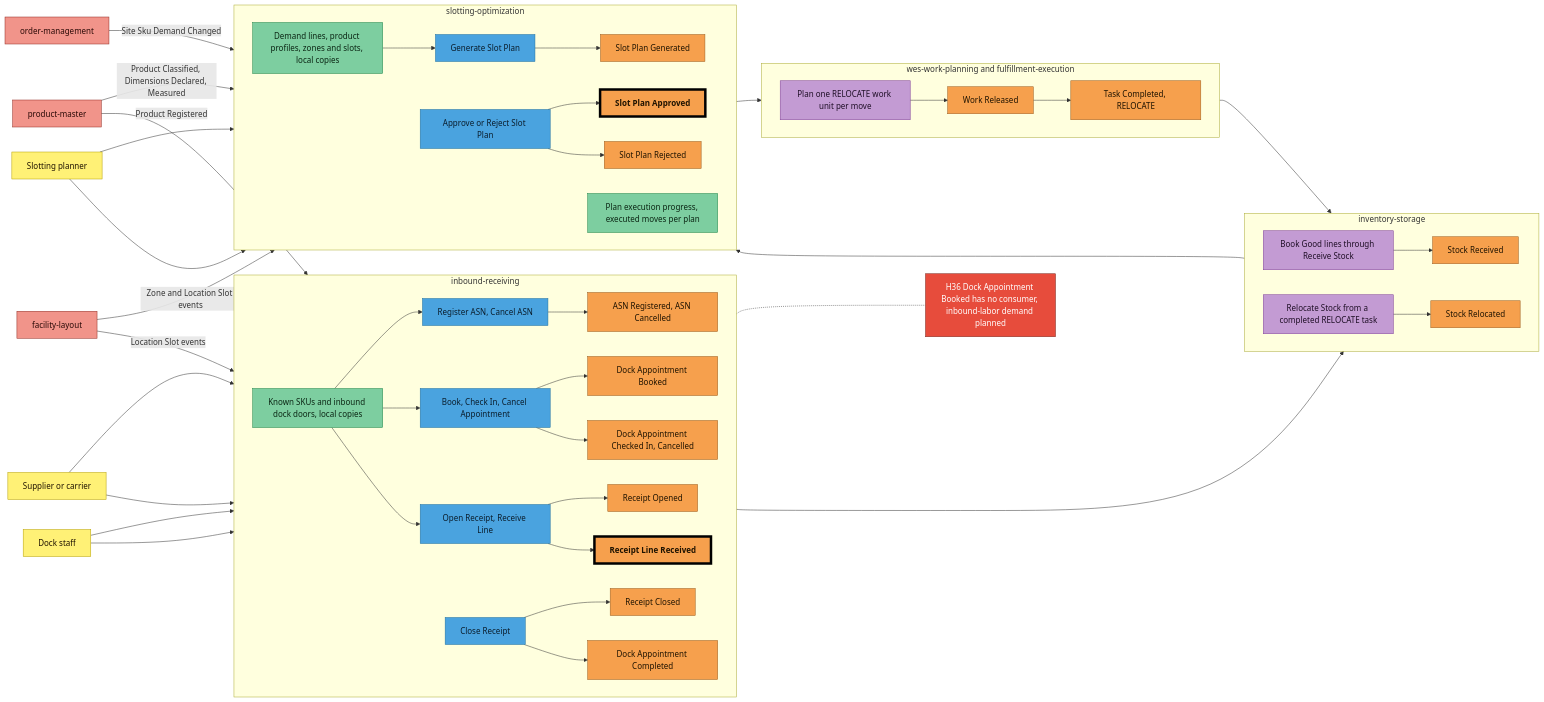
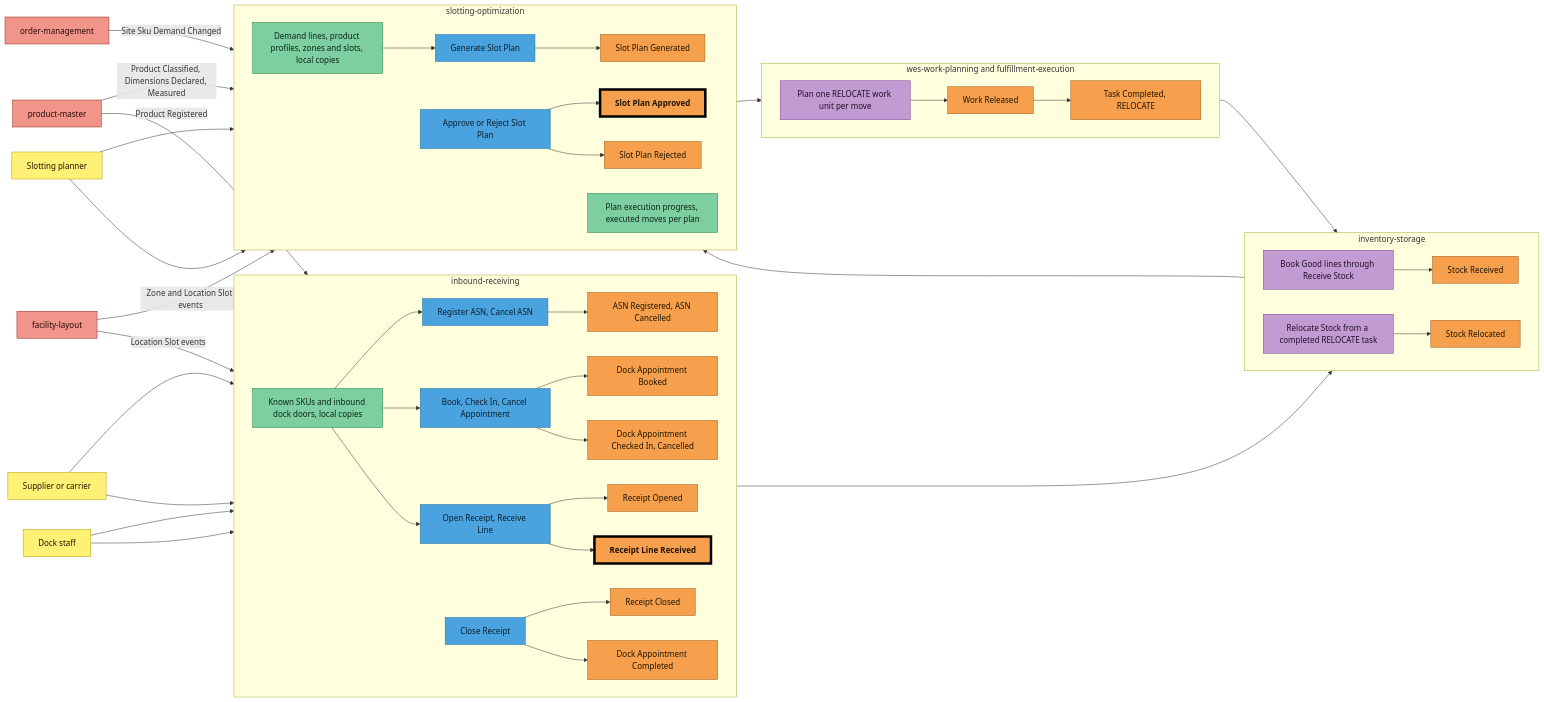
The fourth of 10 diagrams in docs/strategic-design/eventstorming-big-picture.md (IQVO/warehouse-docs), drawn with Mermaid before and after one commit. The commit also changed other lines of this file and 2 other files, not shown here.

First line of the commit message:
docs(strategic-design): event standard, message flows, event storming follow the deployed state

```diff
--- a/docs/strategic-design/eventstorming-big-picture.md
+++ b/docs/strategic-design/eventstorming-big-picture.md
@@ -390,8 +390,6 @@
     C6 --> E11
     E10 --> P2 --> E12 --> E13 --> P3 --> E14 --> R3
 
-    H36["H36 Dock Appointment Booked has no consumer, inbound-labor demand planned"]:::hotspot
-    E2 -.- H36
 
     classDef actor fill:#fff176,stroke:#b59f00,color:#1f1300
     classDef command fill:#4aa3df,stroke:#1f6f9f,color:#0b1e2d
```
